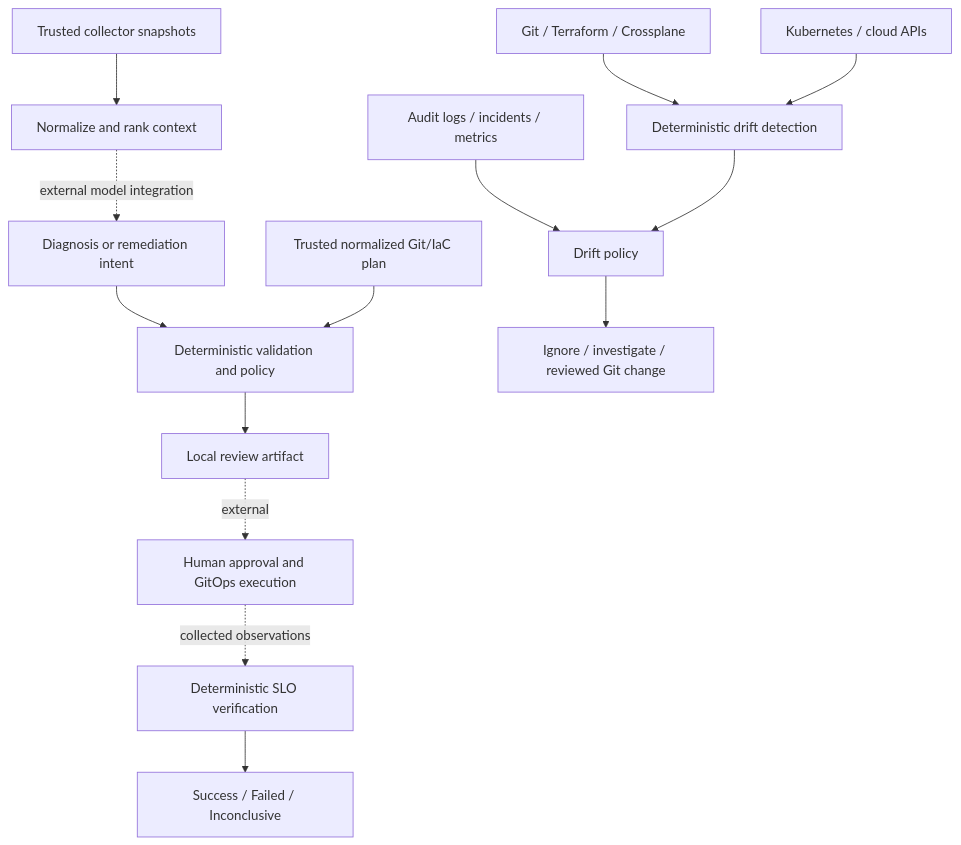
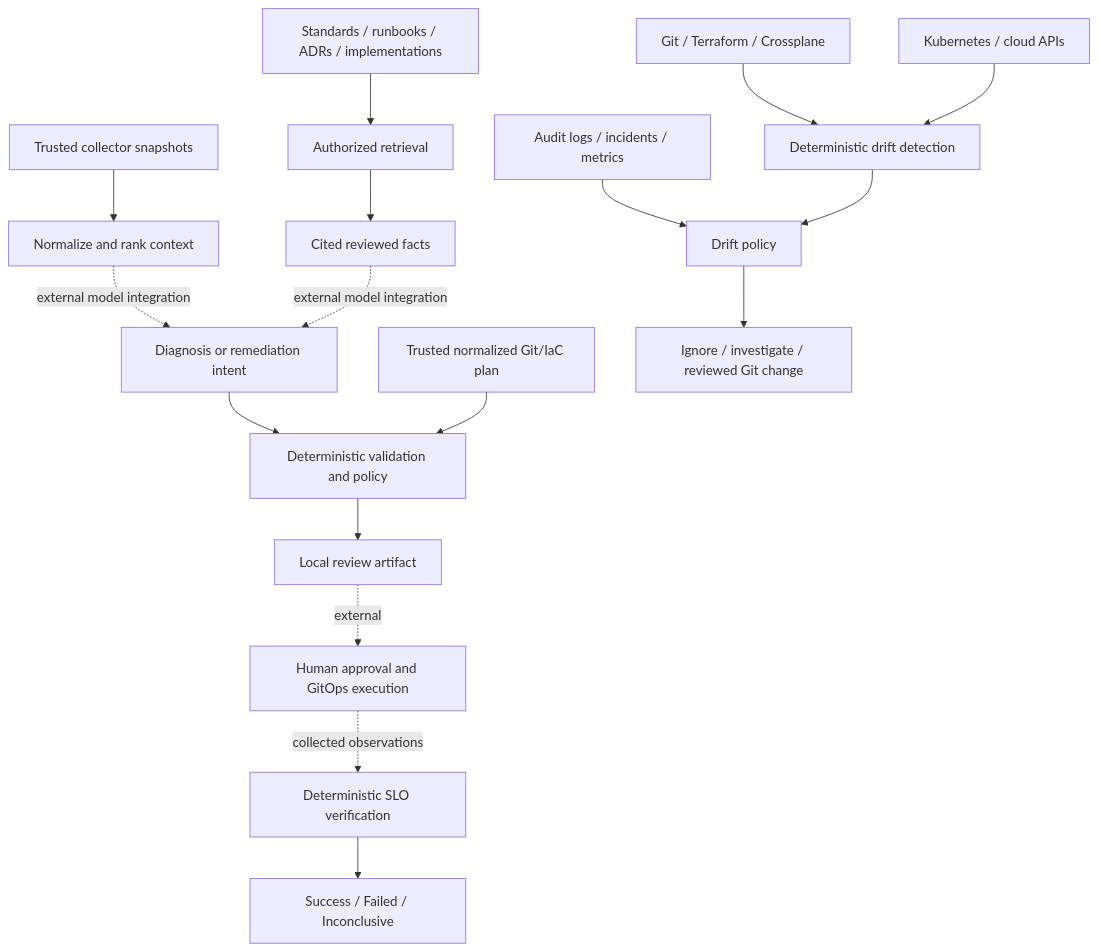
The diagram in docs/00-architecture-and-safety.md (Vidon212/AI-incident-co-pilot), drawn with Mermaid before and after one commit. The commit also changed other lines of this file and 11 other files, not shown here.

````diff
--- a/docs/00-architecture-and-safety.md
+++ b/docs/00-architecture-and-safety.md
@@ -9,16 +9,19 @@
 ```mermaid
 flowchart TD
     Evidence[Trusted collector snapshots] --> Context[Normalize and rank context]
     Context -. external model integration .-> Intent[Diagnosis or remediation intent]
     Intent --> Policy[Deterministic validation and policy]
     Plan[Trusted normalized Git/IaC plan] --> Policy
     Policy --> Review[Local review artifact]
     Review -. external .-> Approval[Human approval and GitOps execution]
     Approval -. collected observations .-> Verify[Deterministic SLO verification]
     Verify --> Result[Success / Failed / Inconclusive]
     Desired[Git / Terraform / Crossplane] --> Drift[Deterministic drift detection]
     Observed[Kubernetes / cloud APIs] --> Drift
     Provenance[Audit logs / incidents / metrics] --> DriftPolicy[Drift policy]
     Drift --> DriftPolicy
     DriftPolicy --> DriftReview[Ignore / investigate / reviewed Git change]
+    Knowledge[Standards / runbooks / ADRs / implementations] --> Retrieval[Authorized retrieval]
+    Retrieval --> Grounding[Cited reviewed facts]
+    Grounding -. external model integration .-> Intent
 ```
````
